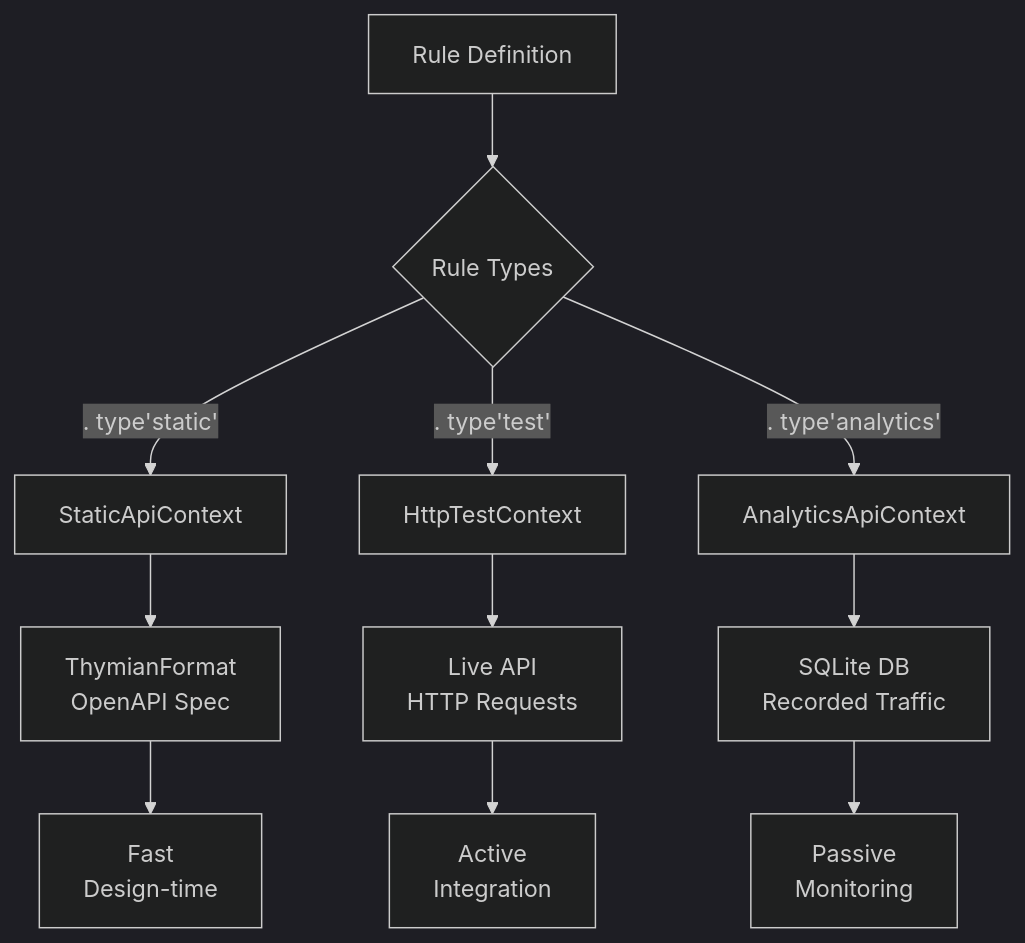
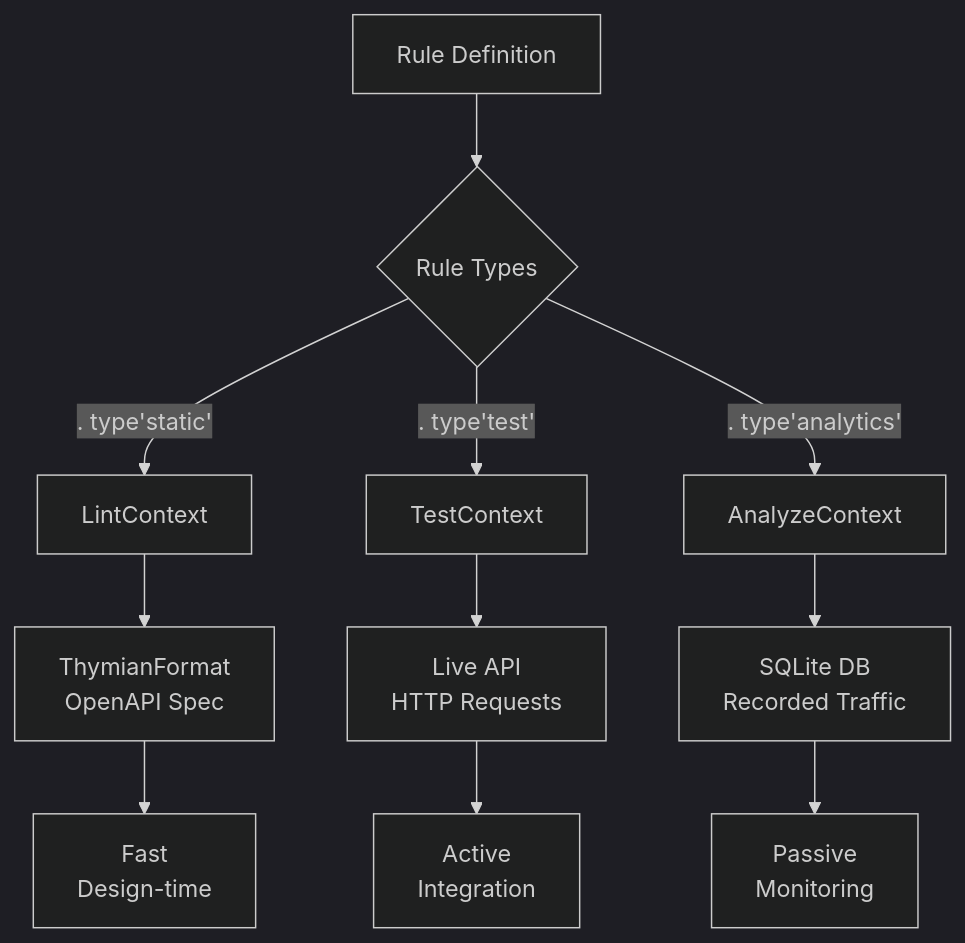
The first of 2 diagrams in astro-docs/src/content/docs/references/Plugins/HTTP Linter/rule-types.md (thymianofficial/thymian), drawn with Mermaid (dark theme) before and after one commit. The commit also changed other lines of this file and 17 other files, not shown here.

````diff
--- a/astro-docs/src/content/docs/references/Plugins/HTTP Linter/rule-types.md
+++ b/astro-docs/src/content/docs/references/Plugins/HTTP Linter/rule-types.md
@@ -10,13 +10,13 @@
 ```mermaid
 flowchart TD
   A[Rule Definition] --> B{Rule Types}
-  B -->|. type'static'| C[StaticApiContext]
-  B -->|. type'test'| D[HttpTestContext]
-  B -->|. type'analytics'| E[AnalyticsApiContext]
+  B -->|. type'static'| C[LintContext]
+  B -->|. type'test'| D[TestContext]
+  B -->|. type'analytics'| E[AnalyzeContext]
   C --> F[ThymianFormat<br/>OpenAPI Spec]
   D --> G[Live API<br/>HTTP Requests]
   E --> H[SQLite DB<br/>Recorded Traffic]
   F --> I[Fast<br/>Design-time]
   G --> J[Active<br/>Integration]
   H --> K[Passive<br/>Monitoring]
 ```
````
